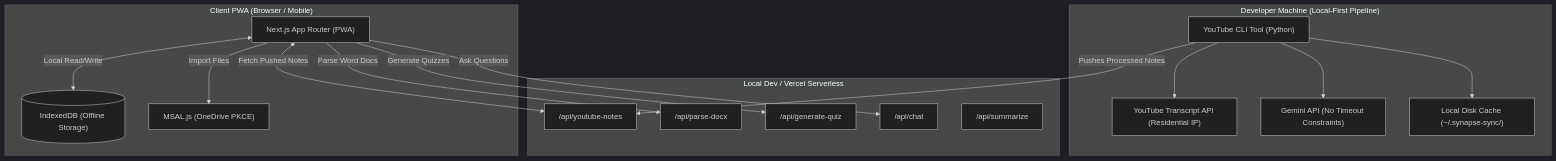
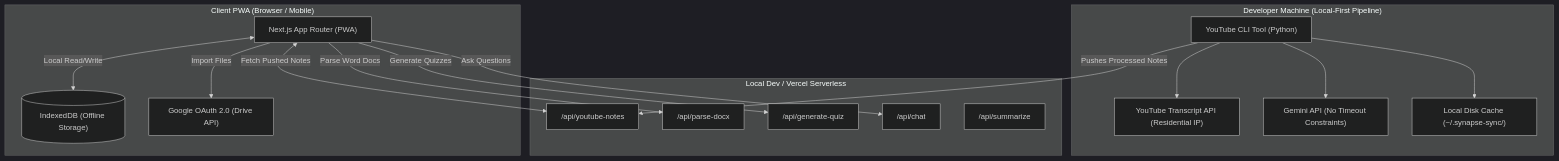
The diagram in README.md (Strider221B/synapse-sync), drawn with Mermaid (dark theme) before and after one commit. The commit also changed other lines of this file and 30 other files, not shown here.

First line of the commit message:
feat(gdrive): replace Microsoft OneDrive integration with Google Drive API v3 & Google OAuth 2.0 (#11)

````diff
--- a/README.md
+++ b/README.md
@@ -63,35 +63,35 @@
 ```mermaid
 graph TB
     subgraph "Developer Machine (Local-First Pipeline)"
         CLI["YouTube CLI Tool (Python)"]
         YTApi["YouTube Transcript API (Residential IP)"]
         GeminiLocal["Gemini API (No Timeout Constraints)"]
         LocalCache["Local Disk Cache (~/.synapse-sync/)"]
 
         CLI --> YTApi
         CLI --> GeminiLocal
         CLI --> LocalCache
     end
 
     subgraph "Local Dev / Vercel Serverless"
         API_YT["/api/youtube-notes"]
         API_PARSE["/api/parse-docx"]
         API_QUIZ["/api/generate-quiz"]
         API_CHAT["/api/chat"]
         API_SUM["/api/summarize"]
     end
 
     subgraph "Client PWA (Browser / Mobile)"
         UI["Next.js App Router (PWA)"]
         IDB[("IndexedDB (Offline Storage)")]
-        MSAL["MSAL.js (OneDrive PKCE)"]
+        GAUTH["Google OAuth 2.0 (Drive API)"]
     end
 
     CLI -->|Pushes Processed Notes| API_YT
     UI <-->|Fetch Pushed Notes| API_YT
     UI <-->|Local Read/Write| IDB
-    UI -->|Import Files| MSAL
+    UI -->|Import Files| GAUTH
     UI -->|Parse Word Docs| API_PARSE
     UI -->|Generate Quizzes| API_QUIZ
     UI -->|Ask Questions| API_CHAT
 ```
````
